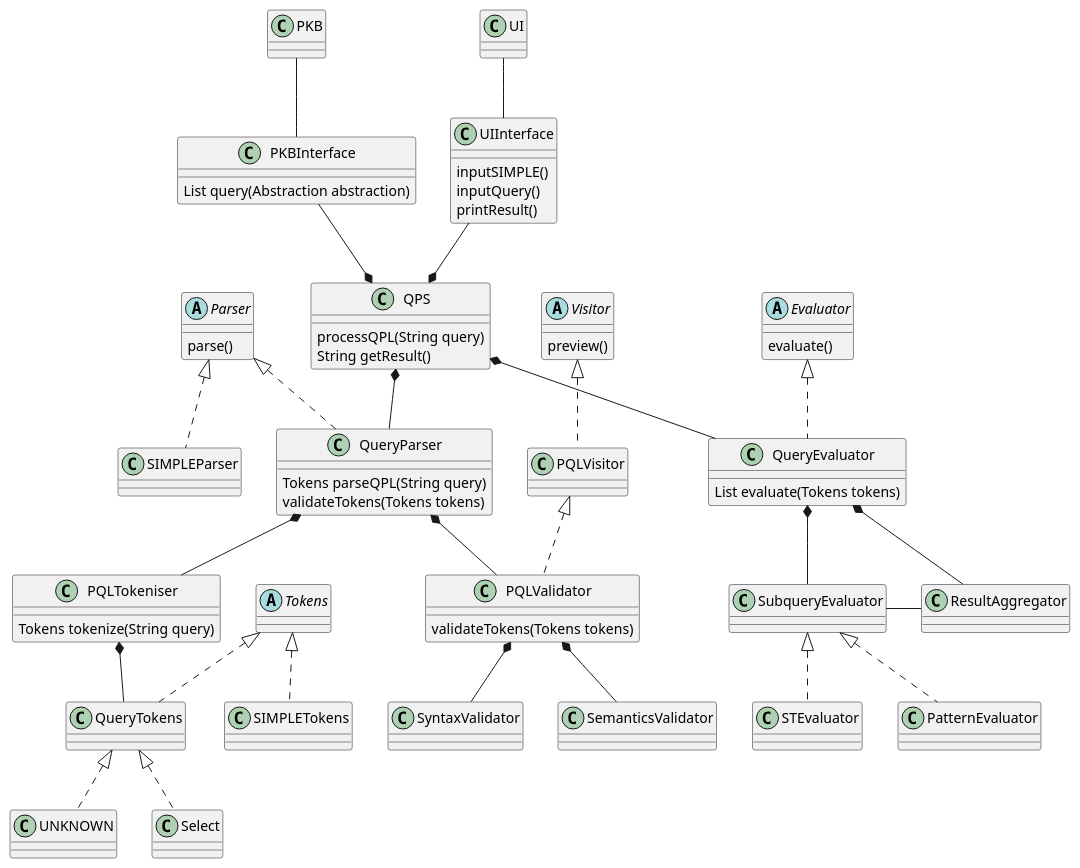
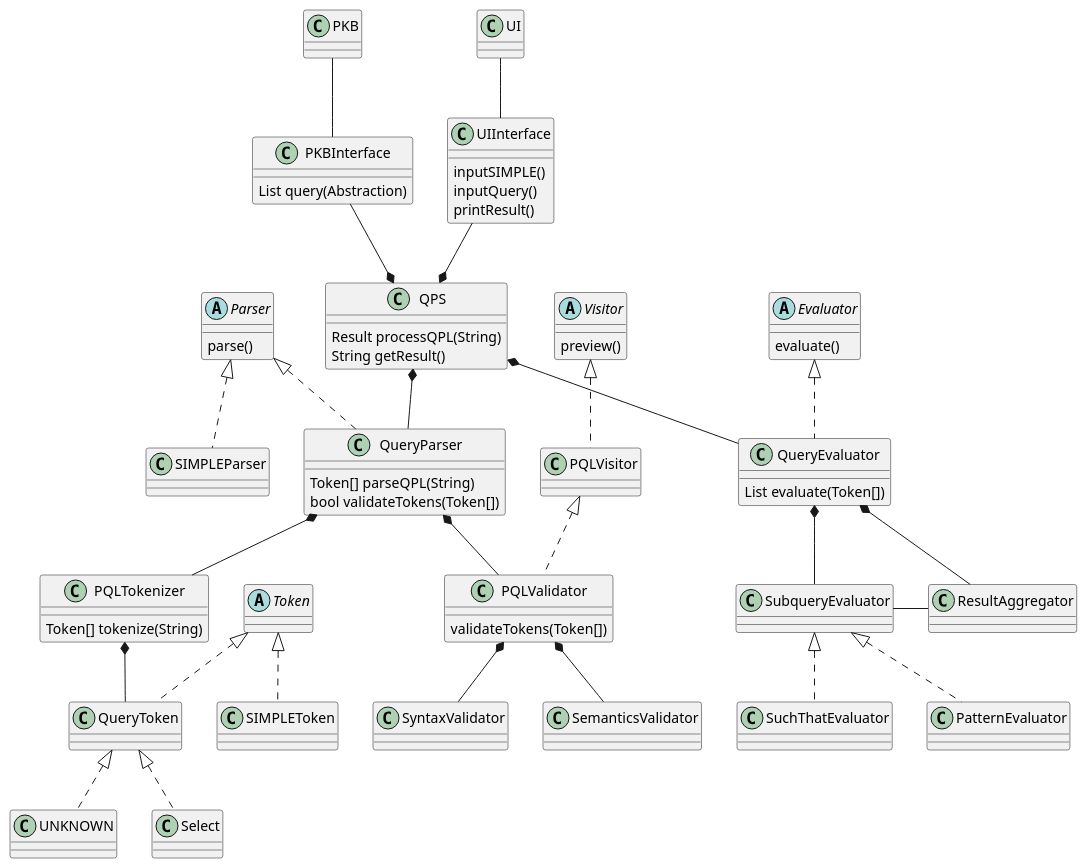
One commit to mazx4960/static-analyzer changed the diagram in docs/diagrams/QPSClassDiagram.puml. Above: the diagram before and after it, drawn with PlantUML. The commit also changed 2 other files, not shown here.

```diff
--- a/docs/diagrams/QPSClassDiagram.puml
+++ b/docs/diagrams/QPSClassDiagram.puml
@@ -1,86 +1,86 @@
 @startuml
 
 abstract class  "Parser" {
 	parse()
 }
 
-abstract class  "Tokens" {}
+abstract class  "Token" {}
 
 abstract class  "Visitor" {
 	preview()
 }
 
 abstract class  "Evaluator" {
 	evaluate()
 }
 
 class UIInterface {
 	inputSIMPLE()
 	inputQuery()
 	printResult()
 }
 
 class PKBInterface {
-	List query(Abstraction abstraction)
+	List query(Abstraction)
 }
 
 class QPS {
-	processQPL(String query)
+	Result processQPL(String)
 	String getResult()
 }
 
 class QueryParser {
-	Tokens parseQPL(String query)
-	validateTokens(Tokens tokens)
+	Token[] parseQPL(String)
+	bool validateTokens(Token[])
 }
 
-class PQLTokeniser {
-	Tokens tokenize(String query)
+class PQLTokenizer {
+	Token[] tokenize(String)
 }
 
 class PQLValidator {
-	validateTokens(Tokens tokens)
+	validateTokens(Token[])
 }
 
 class QueryEvaluator {
-	List evaluate(Tokens tokens)
+	List evaluate(Token[])
 }
 
 Evaluator <|.down. QueryEvaluator
 
 Parser <|.down. QueryParser
 Parser <|.down. SIMPLEParser
 
-Tokens <|.down. SIMPLETokens
-Tokens <|.down. QueryTokens
+Token <|.down. SIMPLEToken
+Token <|.down. QueryToken
 
-QueryTokens <|.down. UNKNOWN
-QueryTokens <|.down. Select
+QueryToken <|.down. UNKNOWN
+QueryToken <|.down. Select
 
 Visitor <|.down. PQLVisitor
 PQLVisitor <|.down. PQLValidator
 
 UI -down- UIInterface
 PKB -down- PKBInterface
 
 QPS *-up- UIInterface
 QPS *-up- PKBInterface
 QPS *-down- QueryParser
 QPS *-down- QueryEvaluator
 
-QueryParser *-down- PQLTokeniser
+QueryParser *-down- PQLTokenizer
 QueryParser *-down- PQLValidator
 
-PQLTokeniser *-down- QueryTokens
+PQLTokenizer *-down- QueryToken
 
 PQLValidator *-down- SyntaxValidator
 PQLValidator *-down- SemanticsValidator
 
 QueryEvaluator *-down- SubqueryEvaluator
 QueryEvaluator *-down- ResultAggregator
 
-SubqueryEvaluator <|.down. STEvaluator
+SubqueryEvaluator <|.down. SuchThatEvaluator
 SubqueryEvaluator <|.down. PatternEvaluator
 SubqueryEvaluator -right- ResultAggregator
 
 @enduml
```
